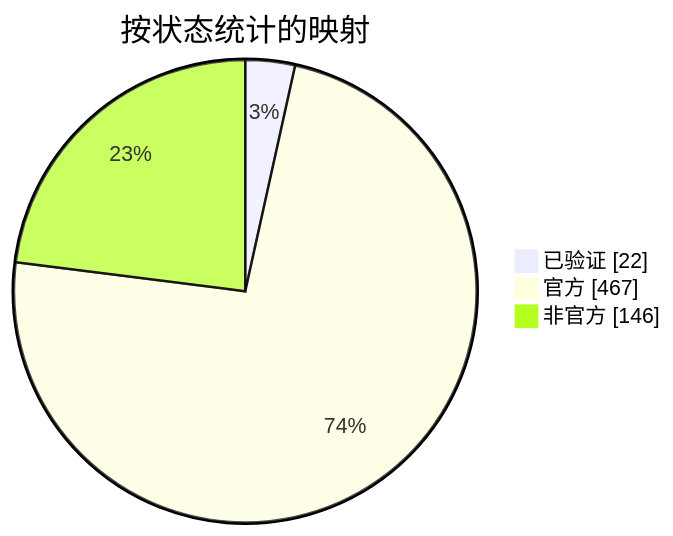
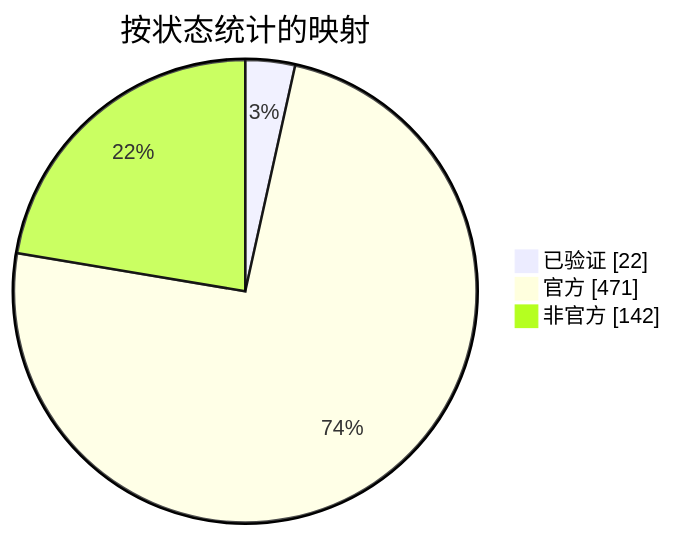
One commit to nobrega8/mbmap-library changed the diagram in docs/readme/README_ZHS.md. Above: the diagram before and after it, drawn with Mermaid. The commit also changed 4 other files, not shown here.

````diff
--- a/docs/readme/README_ZHS.md
+++ b/docs/readme/README_ZHS.md
@@ -54,7 +54,7 @@
 ```mermaid
 pie showData
     title 按状态统计的映射
     "已验证" : 22
-    "官方" : 467
-    "非官方" : 146
+    "官方" : 471
+    "非官方" : 142
 ```
````
